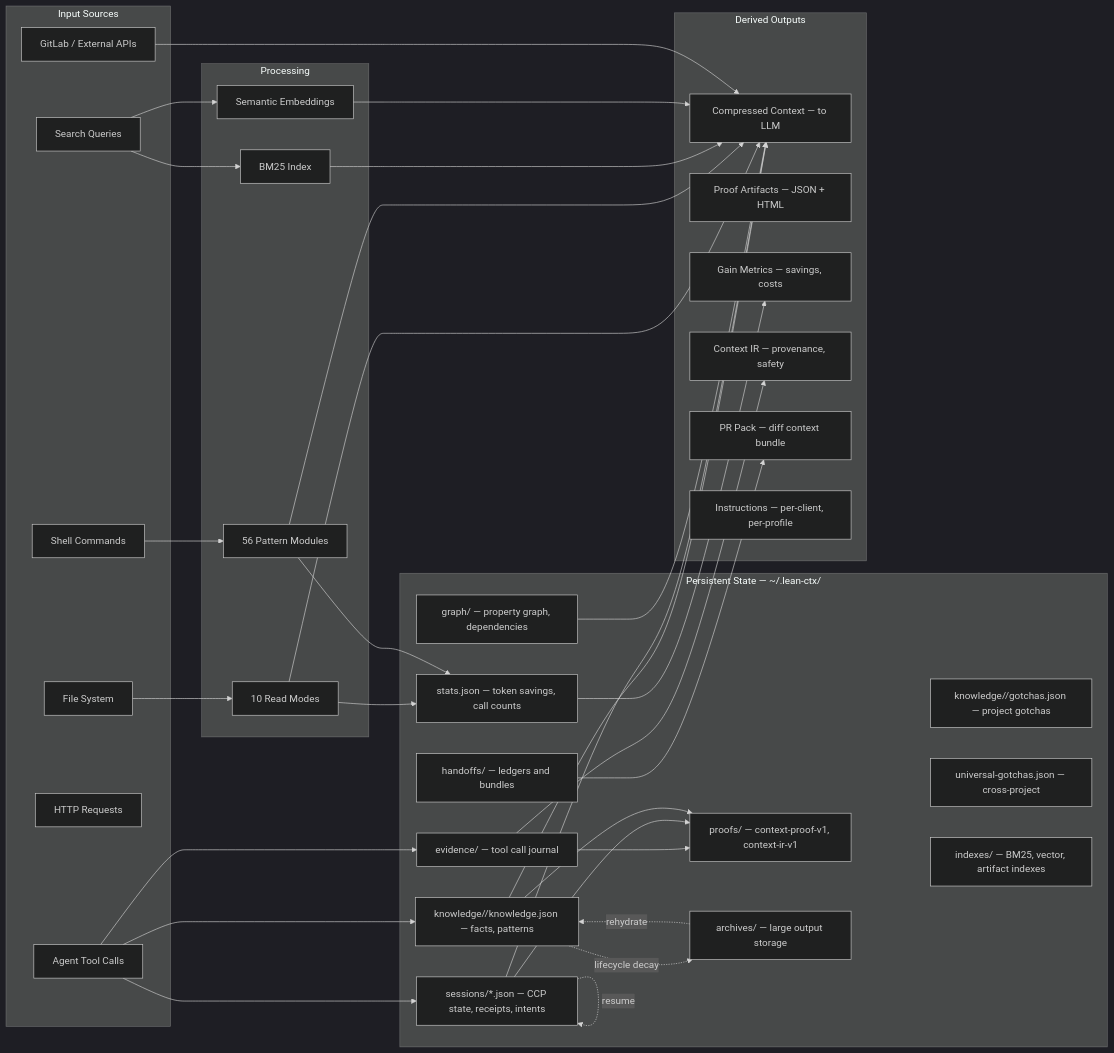
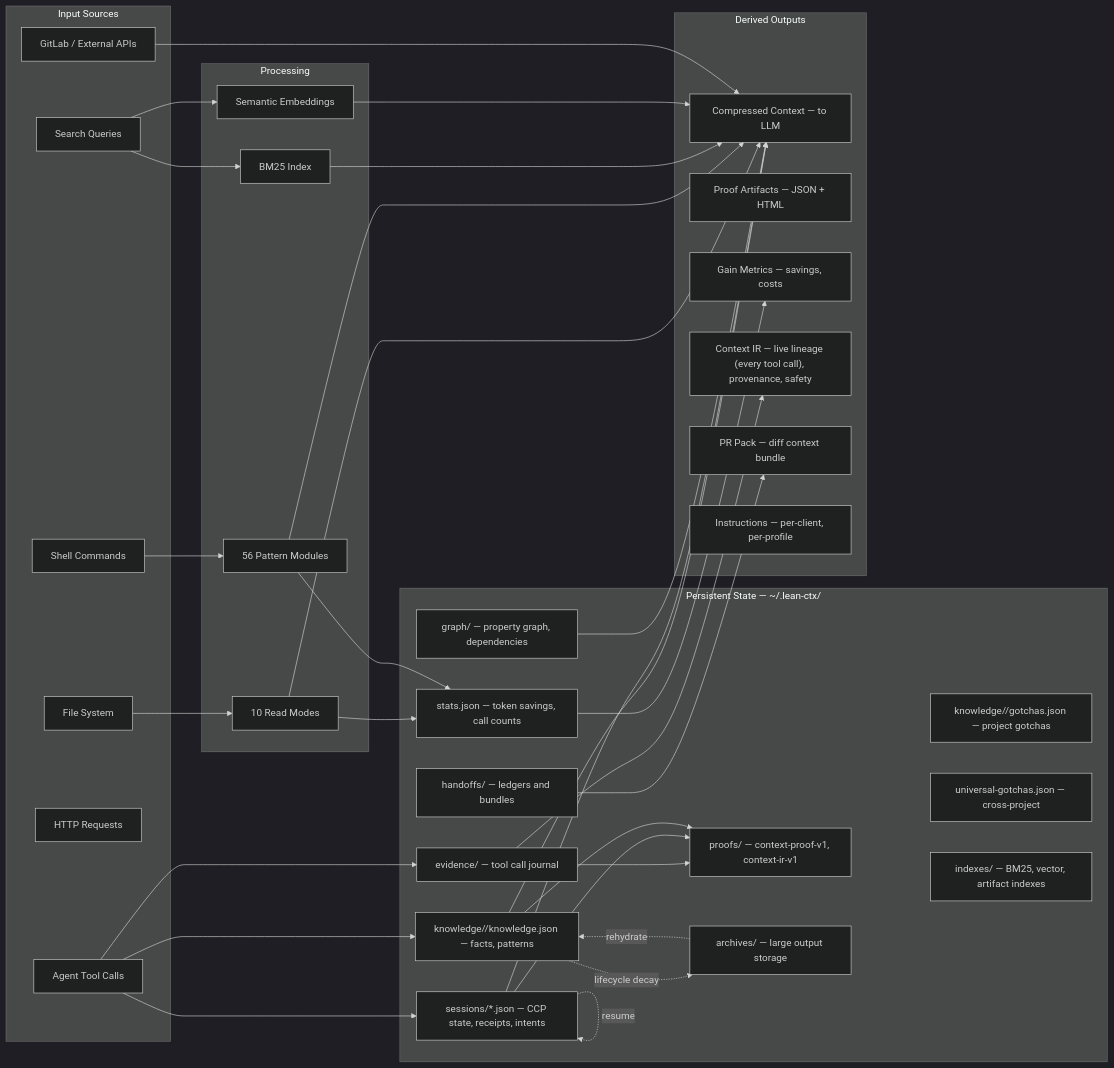
The third of 4 diagrams in ARCHITECTURE.md (HSKIMRobert/lean-ctx), drawn with Mermaid (dark theme) before and after one commit. The commit also changed other lines of this file and 14 other files, not shown here.

````diff
--- a/ARCHITECTURE.md
+++ b/ARCHITECTURE.md
@@ -502,70 +492,70 @@
 ```mermaid
 flowchart LR
     subgraph inputs [Input Sources]
         FileSystem["File System"]
         ShellOutput["Shell Commands"]
         SearchQuery["Search Queries"]
         AgentCall["Agent Tool Calls"]
         HTTPReq["HTTP Requests"]
         GitLabAPI["GitLab / External APIs"]
     end
 
     subgraph processing [Processing]
         ReadModes["10 Read Modes"]
         PatternCompress["56 Pattern Modules"]
         BM25["BM25 Index"]
         SemanticEmbed["Semantic Embeddings"]
     end
 
     subgraph state [Persistent State — ~/.lean-ctx/]
         SessionJSON["sessions/*.json — CCP state, receipts, intents"]
         KnowledgeJSON["knowledge/<hash>/knowledge.json — facts, patterns"]
         GotchaJSON["knowledge/<hash>/gotchas.json — project gotchas"]
         UniversalGotcha["universal-gotchas.json — cross-project"]
         GraphData["graph/ — property graph, dependencies"]
         IndexData["indexes/ — BM25, vector, artifact indexes"]
         StatsJSON["stats.json — token savings, call counts"]
         ProofArtifacts["proofs/ — context-proof-v1, context-ir-v1"]
         ArchiveData["archives/ — large output storage"]
         EvidenceJSON["evidence/ — tool call journal"]
         HandoffData["handoffs/ — ledgers and bundles"]
     end
 
     subgraph derived [Derived Outputs]
         CompressedCtx["Compressed Context — to LLM"]
         ProofReport["Proof Artifacts — JSON + HTML"]
         GainMetrics["Gain Metrics — savings, costs"]
-        IRSnapshot["Context IR — provenance, safety"]
+        IRSnapshot["Context IR — live lineage (every tool call), provenance, safety"]
         PackBundle["PR Pack — diff context bundle"]
         Instructions["Instructions — per-client, per-profile"]
     end
 
     FileSystem --> ReadModes --> CompressedCtx
     ShellOutput --> PatternCompress --> CompressedCtx
     SearchQuery --> BM25 --> CompressedCtx
     SearchQuery --> SemanticEmbed --> CompressedCtx
     GitLabAPI --> CompressedCtx
 
     AgentCall --> SessionJSON
     AgentCall --> KnowledgeJSON
     AgentCall --> EvidenceJSON
 
     ReadModes --> StatsJSON
     PatternCompress --> StatsJSON
 
     KnowledgeJSON --> CompressedCtx
     SessionJSON --> CompressedCtx
     GraphData --> CompressedCtx
 
     EvidenceJSON --> ProofArtifacts
     SessionJSON --> ProofArtifacts
     KnowledgeJSON --> ProofArtifacts
 
     StatsJSON --> GainMetrics
     EvidenceJSON --> IRSnapshot
     HandoffData --> PackBundle
 
     SessionJSON -.->|"resume"| SessionJSON
     KnowledgeJSON -.->|"lifecycle decay"| ArchiveData
     ArchiveData -.->|"rehydrate"| KnowledgeJSON
 ```
````
